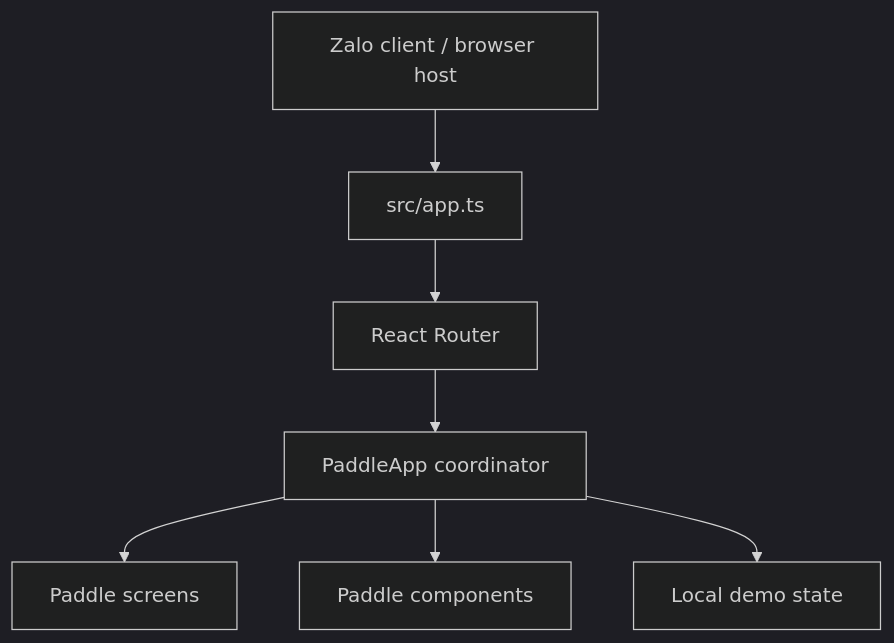
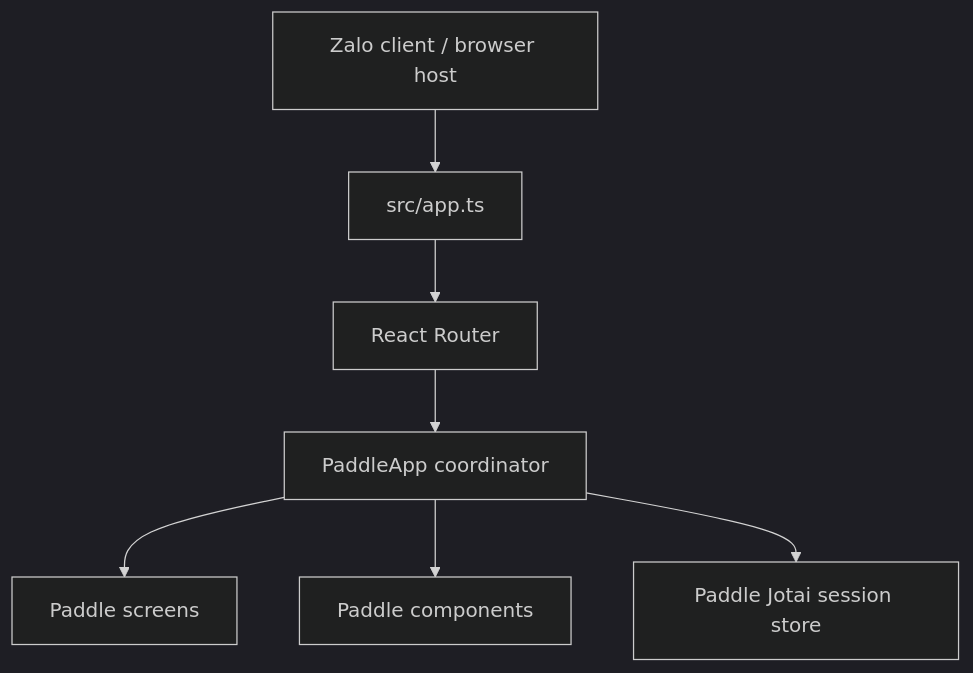
The diagram in docs/agent-context/architecture.md (LuatHuynh/syndeo-voting-app), drawn with Mermaid (dark theme) before and after one commit. The commit also changed other lines of this file and 7 other files, not shown here.

````diff
--- a/docs/agent-context/architecture.md
+++ b/docs/agent-context/architecture.md
@@ -5,9 +5,9 @@
 ```mermaid
 flowchart TD
   A[Zalo client / browser host] --> B[src/app.ts]
   B --> C[React Router]
   C --> D[PaddleApp coordinator]
   D --> E[Paddle screens]
   D --> F[Paddle components]
-  D --> G[Local demo state]
+  D --> G[Paddle Jotai session store]
 ```
````
